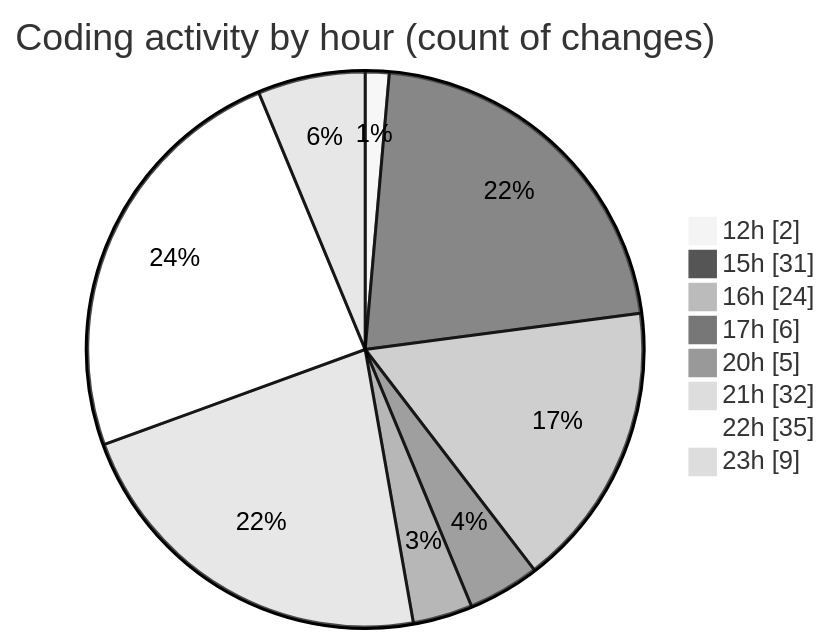
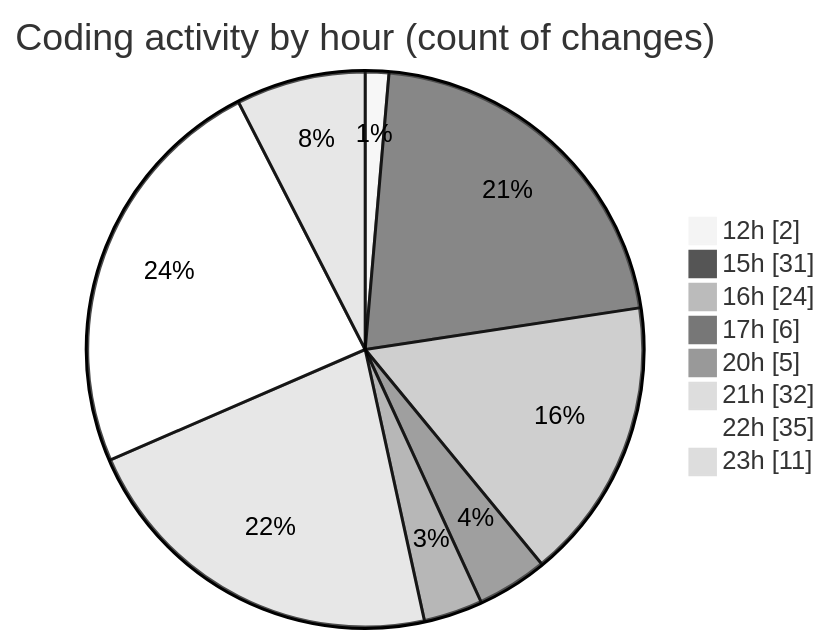
One commit to momahboobian/code-tracking changed the second of 2 diagrams in 2025-02-26/cda/README.md. Above: the diagram before and after it, drawn with Mermaid (neutral theme). The commit also changed other lines of this file and 1 other file, not shown here.

````diff
--- a/2025-02-26/cda/README.md
+++ b/2025-02-26/cda/README.md
@@ -48,12 +48,12 @@
 ```mermaid
 pie showData
 title Coding activity by hour (count of changes)
 "12h" : 2
 "15h" : 31
 "16h" : 24
 "17h" : 6
 "20h" : 5
 "21h" : 32
 "22h" : 35
-"23h" : 9
+"23h" : 11
 ```
````
